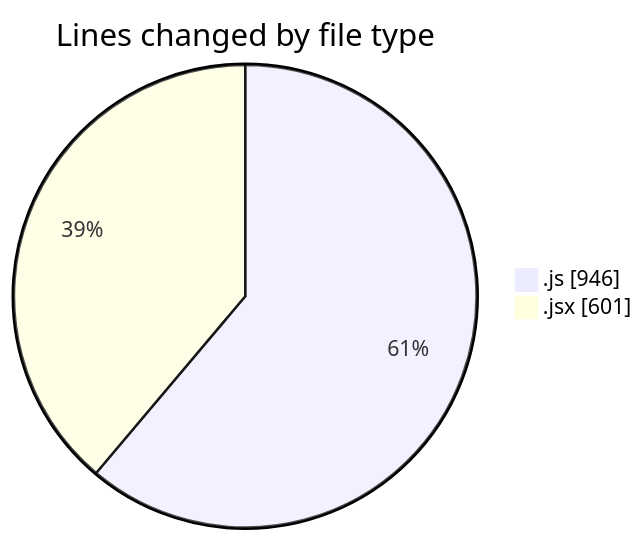
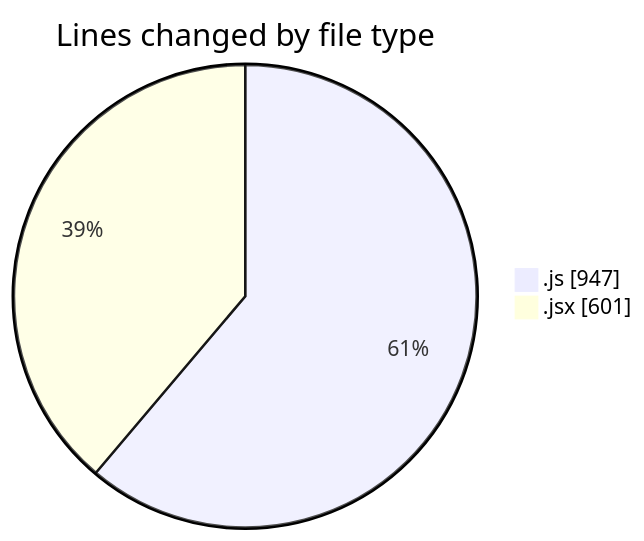
The first of 2 diagrams in 2025-08-07/nxtqube_webapp/README.md (nxtqubesakshisongat/code-tracking), drawn with Mermaid before and after one commit. The commit also changed other lines of this file and 1 other file, not shown here.

````diff
--- a/2025-08-07/nxtqube_webapp/README.md
+++ b/2025-08-07/nxtqube_webapp/README.md
@@ -23,6 +23,6 @@
 ```mermaid
 pie showData
 title Lines changed by file type
-".js" : 946
+".js" : 947
 ".jsx" : 601
 ```
````
